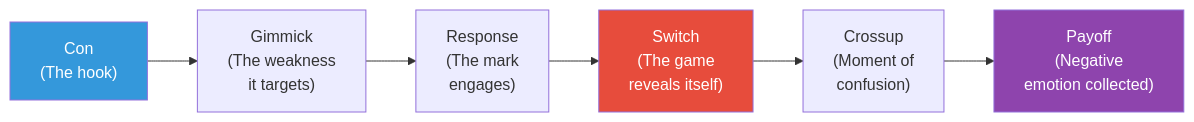
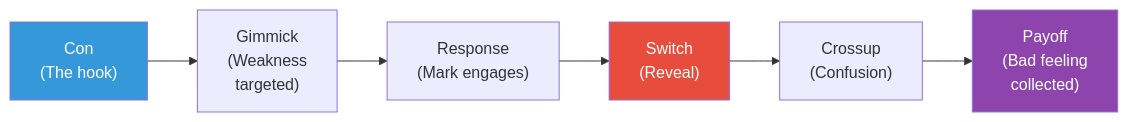
The fourth of 9 diagrams in summaries/Power & Influence/Games People Play - Eric Berne.md (alius33/reader), drawn with Mermaid before and after one commit. The commit also changed other lines of this file and 272 other files, not shown here.

````diff
--- a/summaries/Power & Influence/Games People Play - Eric Berne.md
+++ b/summaries/Power & Influence/Games People Play - Eric Berne.md
@@ -59,11 +435,11 @@
 ```mermaid
 flowchart LR
-    A["Con\n(The hook)"] --> B["Gimmick\n(The weakness\nit targets)"]
-    B --> C["Response\n(The mark\nengages)"]
-    C --> D["Switch\n(The game\nreveals itself)"]
-    D --> E["Crossup\n(Moment of\nconfusion)"]
-    E --> F["Payoff\n(Negative\nemotion collected)"]
+    A["Con<br>(The hook)"] --> B["Gimmick<br>(Weakness<br>targeted)"]
+    B --> C["Response<br>(Mark engages)"]
+    C --> D["Switch<br>(Reveal)"]
+    D --> E["Crossup<br>(Confusion)"]
+    E --> F["Payoff<br>(Bad feeling<br>collected)"]
     style A fill:#3498db,color:#fff
     style D fill:#e74c3c,color:#fff
     style F fill:#8e44ad,color:#fff
 ```
````
